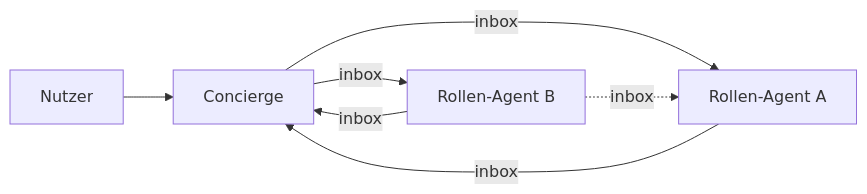
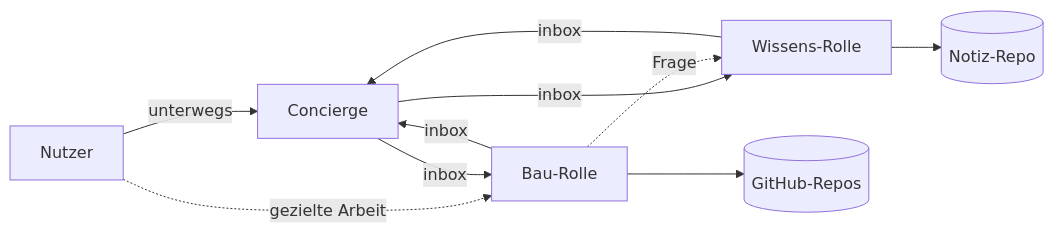
Before and after one commit to merlinbecker/playdate-claude-client: diagram 13 of 13 in docs/arc42.md, drawn with Mermaid. The commit also changed other lines of this file and 12 other files, not shown here.

First line of the commit message:
Rollentypen Bauen und Wissen, Bau-Rolle mit PAT und gh

````diff
--- a/docs/arc42.md
+++ b/docs/arc42.md
@@ -422,8 +431,11 @@
 ```mermaid
 flowchart LR
-    N[Nutzer] --> C[Concierge]
-    C -->|inbox| A[Rollen-Agent A]
-    C -->|inbox| B[Rollen-Agent B]
-    A & B -->|inbox| C
-    B -.->|inbox| A
+    N[Nutzer] -->|unterwegs| C[Concierge]
+    N -.->|gezielte Arbeit| B
+    C -->|inbox| B[Bau-Rolle]
+    C -->|inbox| W[Wissens-Rolle]
+    B & W -->|inbox| C
+    B -.->|Frage| W
+    B --> GH[(GitHub-Repos)]
+    W --> NR[(Notiz-Repo)]
 ```
````
